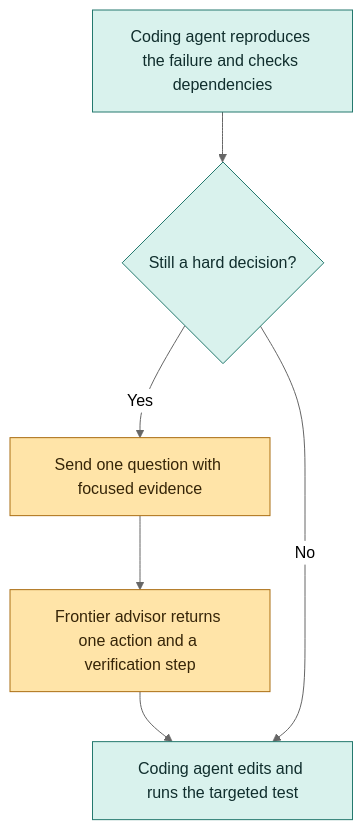
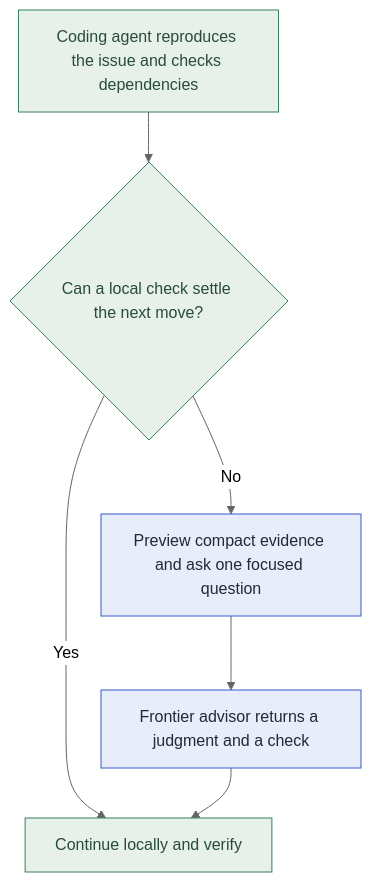
One commit to spot-advisor/spot-advisor changed the diagram in README.md. Above: the diagram before and after it, drawn with Mermaid (neutral theme). The commit also changed other lines of this file and 5 other files, not shown here.

````diff
--- a/README.md
+++ b/README.md
@@ -22,12 +24,12 @@
-```mermaid
+~~~mermaid
 flowchart TB
-    A["Coding agent reproduces the failure and checks dependencies"] --> B{"Still a hard decision?"}
-    B -->|Yes| C["Send one question with focused evidence"]
-    C --> D["Frontier advisor returns one action and a verification step"]
-    D --> E["Coding agent edits and runs the targeted test"]
-    B -->|No| E
-    classDef agent fill:#d9f2ed,stroke:#24796e,color:#102e2d
-    classDef advisor fill:#ffe4a8,stroke:#aa6e12,color:#362508
-    class A,B,E agent
+    A["Coding agent reproduces the issue and checks dependencies"] --> B{"Can a local check settle the next move?"}
+    B -->|Yes| F["Continue locally and verify"]
+    B -->|No| C["Preview compact evidence and ask one focused question"]
+    C --> D["Frontier advisor returns a judgment and a check"]
+    D --> F
+    classDef executor fill:#e8f1e9,stroke:#35815f,color:#274c3b
+    classDef advisor fill:#e8edfb,stroke:#385bca,color:#20283a
+    class A,B,F executor
     class C,D advisor
-```
+~~~
````
